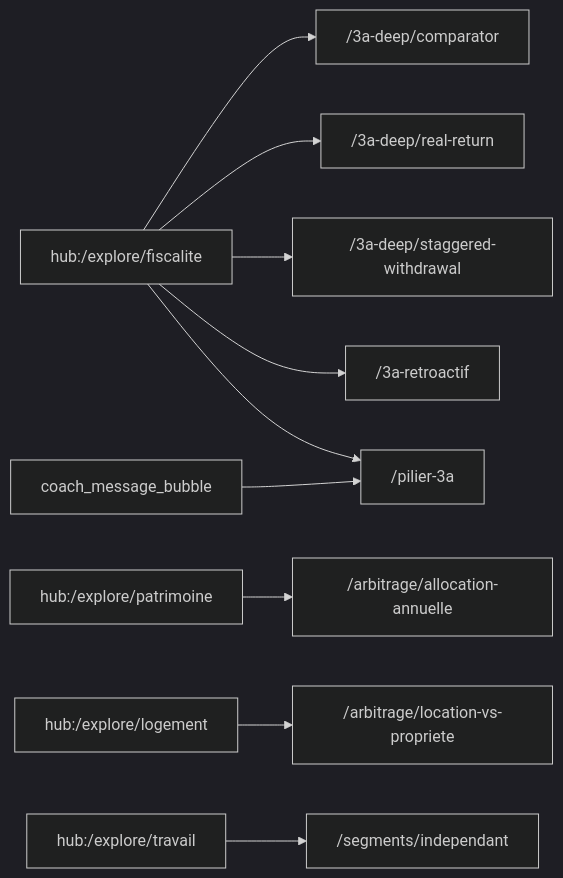
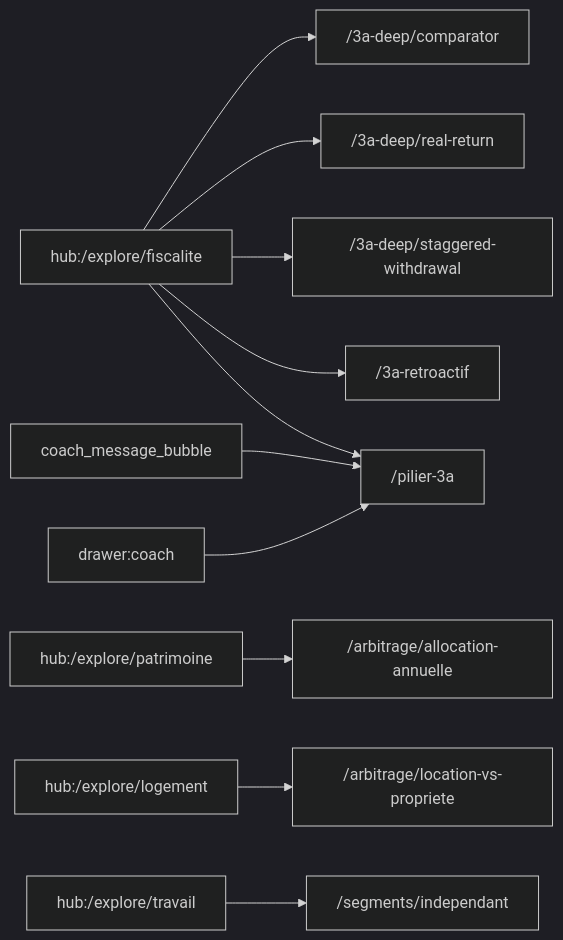
Before and after one commit to MINT-IA/MINT: the diagram in .planning/architecture/themes/pilier3a.md, drawn with Mermaid (dark theme). The commit also changed other lines of this file and 7 other files, not shown here.

````diff
--- a/.planning/architecture/themes/pilier3a.md
+++ b/.planning/architecture/themes/pilier3a.md
@@ -38,12 +38,13 @@
 ```mermaid
 graph LR
   hub__explore_fiscalite["hub:/explore/fiscalite"] --> _3a_deep_comparator["/3a-deep/comparator"]
   hub__explore_fiscalite["hub:/explore/fiscalite"] --> _3a_deep_real_return["/3a-deep/real-return"]
   hub__explore_fiscalite["hub:/explore/fiscalite"] --> _3a_deep_staggered_withdrawal["/3a-deep/staggered-withdrawal"]
   hub__explore_fiscalite["hub:/explore/fiscalite"] --> _3a_retroactif["/3a-retroactif"]
   hub__explore_patrimoine["hub:/explore/patrimoine"] --> _arbitrage_allocation_annuelle["/arbitrage/allocation-annuelle"]
   hub__explore_logement["hub:/explore/logement"] --> _arbitrage_location_vs_propriete["/arbitrage/location-vs-propriete"]
   coach_message_bubble["coach_message_bubble"] --> _pilier_3a["/pilier-3a"]
+  drawer_coach["drawer:coach"] --> _pilier_3a["/pilier-3a"]
   hub__explore_fiscalite["hub:/explore/fiscalite"] --> _pilier_3a["/pilier-3a"]
   hub__explore_travail["hub:/explore/travail"] --> _segments_independant["/segments/independant"]
 ```
````
